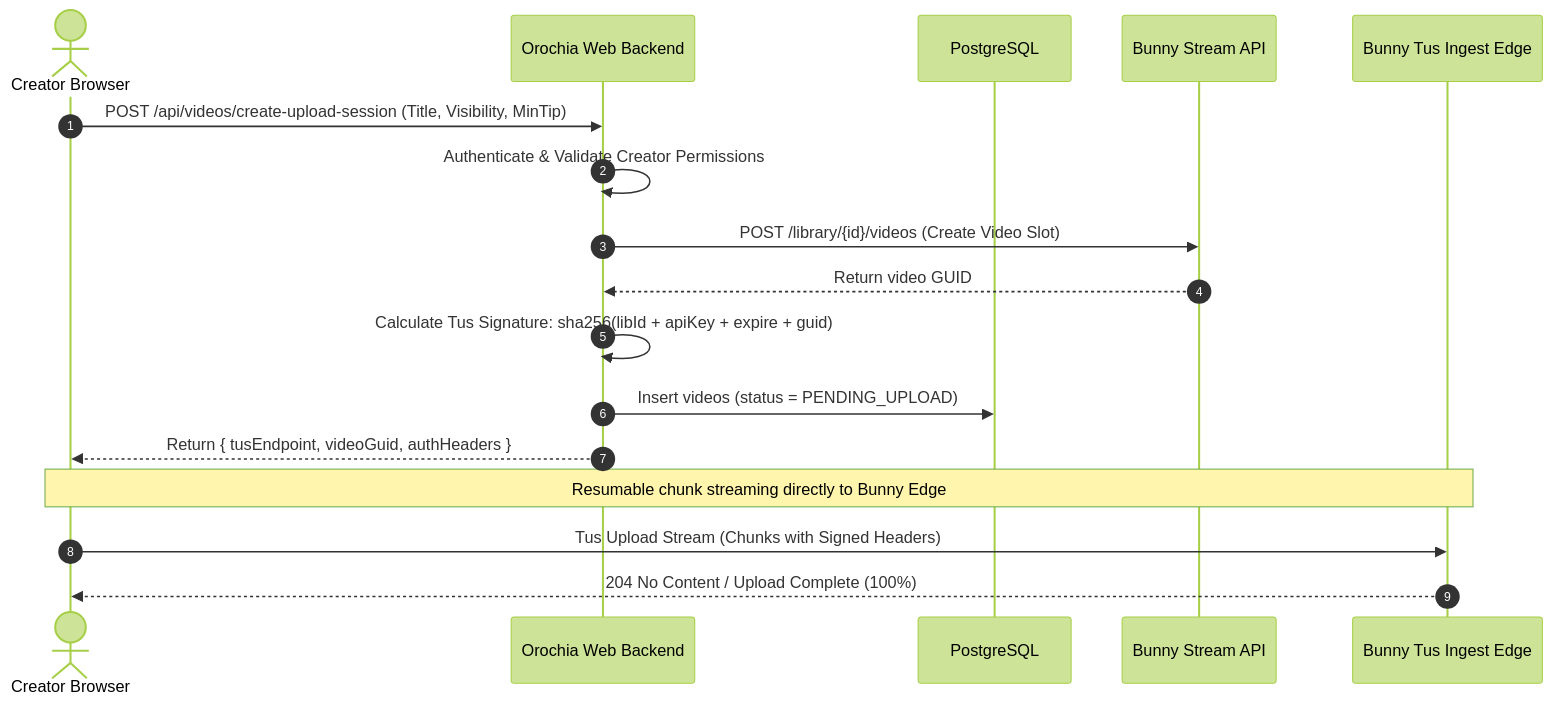
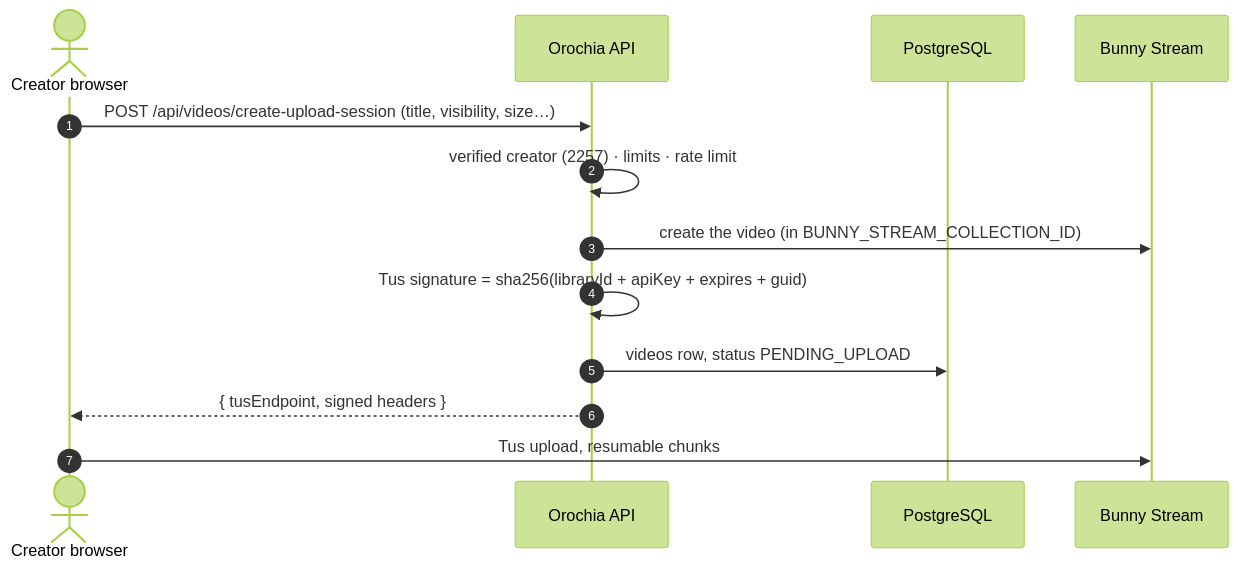
One commit to krizaka/orochia changed the diagram in docs/MEDIA_PIPELINE.md. Above: the diagram before and after it, drawn with Mermaid (forest theme). The commit also changed other lines of this file and 1 other file, not shown here.

Commit message:
docs: media pipeline as built (editor, limits, drafts, path tokens, webhook statuses); local video setup from Getting Started

````diff
--- a/docs/MEDIA_PIPELINE.md
+++ b/docs/MEDIA_PIPELINE.md
@@ -11,21 +39,16 @@
 ```mermaid
 sequenceDiagram
     autonumber
-    actor Creator as Creator Browser
-    participant App as Orochia Web Backend
+    actor Creator as Creator browser
+    participant App as Orochia API
     participant DB as PostgreSQL
-    participant BunnyAPI as Bunny Stream API
-    participant BunnyEdge as Bunny Tus Ingest Edge
+    participant Bunny as Bunny Stream
 
-    Creator->>App: POST /api/videos/create-upload-session (Title, Visibility, MinTip)
-    App->>App: Authenticate & Validate Creator Permissions
-    App->>BunnyAPI: POST /library/{id}/videos (Create Video Slot)
-    BunnyAPI-->>App: Return video GUID
-    App->>App: Calculate Tus Signature: sha256(libId + apiKey + expire + guid)
-    App->>DB: Insert videos (status = PENDING_UPLOAD)
-    App-->>Creator: Return { tusEndpoint, videoGuid, authHeaders }
-
-    Note over Creator,BunnyEdge: Resumable chunk streaming directly to Bunny Edge
-    Creator->>BunnyEdge: Tus Upload Stream (Chunks with Signed Headers)
-    BunnyEdge-->>Creator: 204 No Content / Upload Complete (100%)
+    Creator->>App: POST /api/videos/create-upload-session (title, visibility, size…)
+    App->>App: verified creator (2257) · limits · rate limit
+    App->>Bunny: create the video (in BUNNY_STREAM_COLLECTION_ID)
+    App->>App: Tus signature = sha256(libraryId + apiKey + expires + guid)
+    App->>DB: videos row, status PENDING_UPLOAD
+    App-->>Creator: { tusEndpoint, signed headers }
+    Creator->>Bunny: Tus upload, resumable chunks
 ```
````
